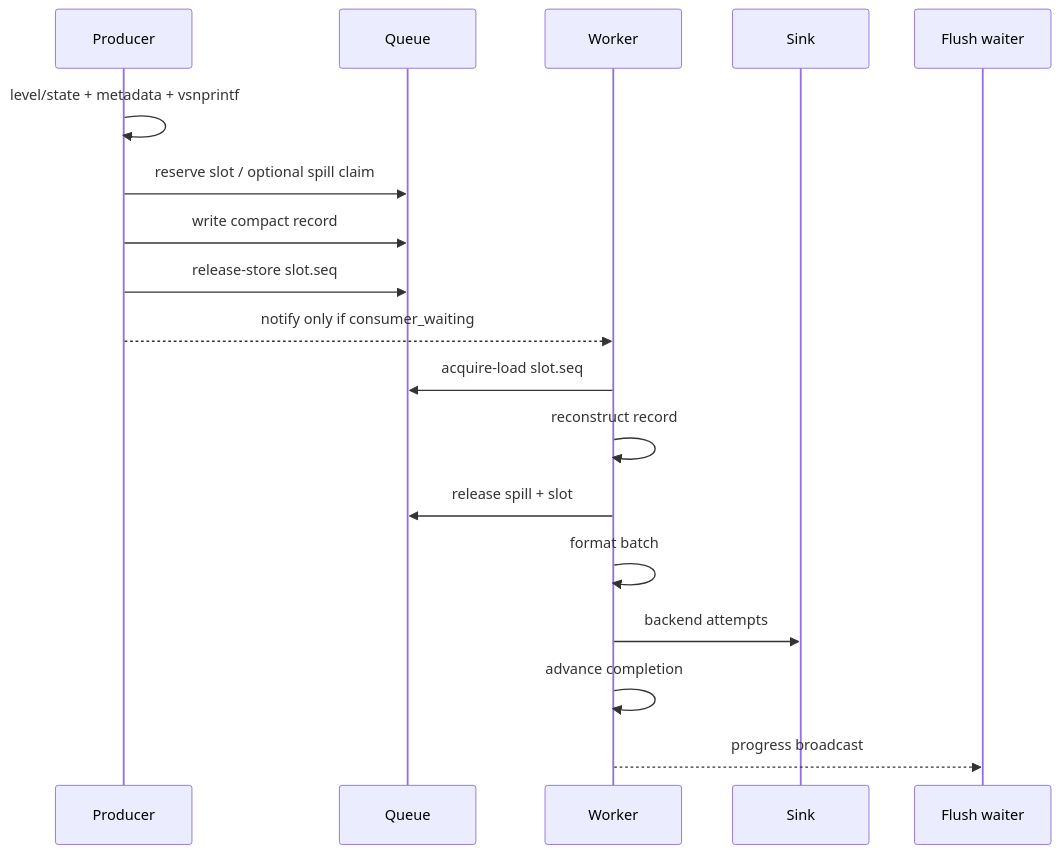
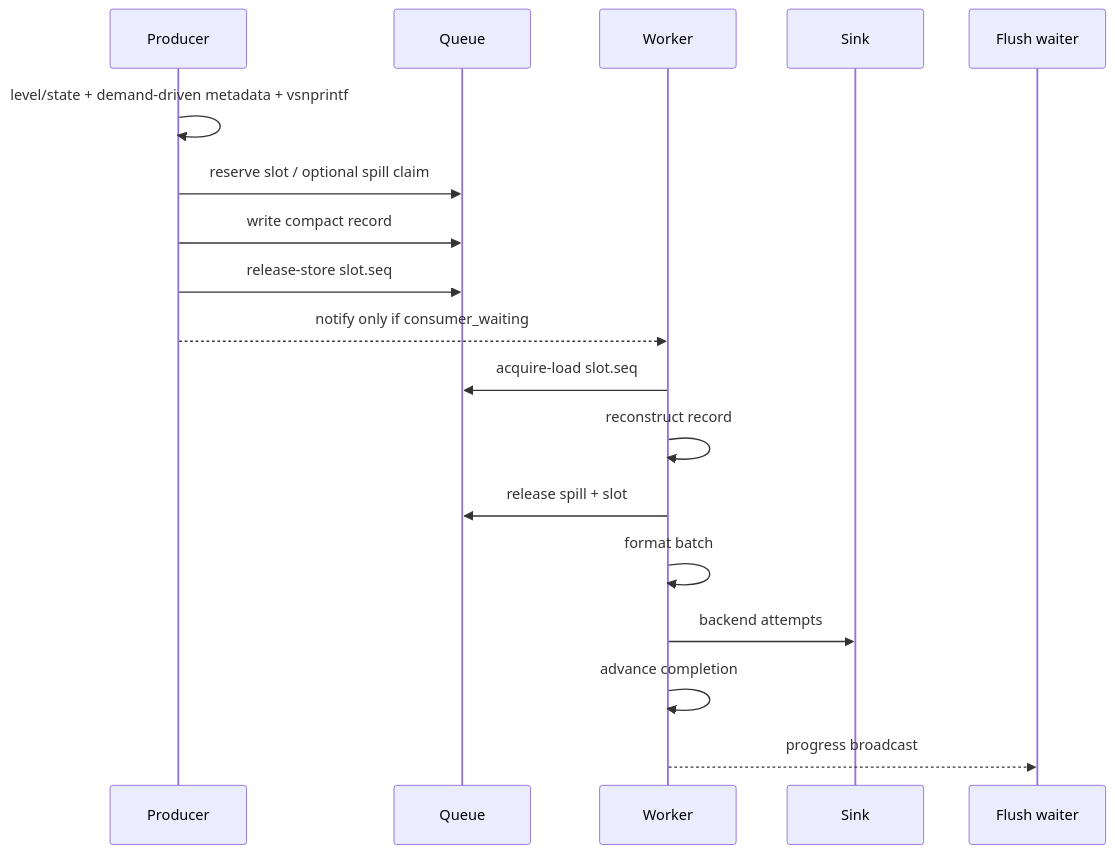
The third of 5 diagrams in docs/ARCHITECTURE.md (MyBlackHole/c-logger), drawn with Mermaid before and after one commit. The commit also changed other lines of this file and 6 other files, not shown here.

Commit message:
docs: document demand-driven metadata capture

````diff
--- a/docs/ARCHITECTURE.md
+++ b/docs/ARCHITECTURE.md
@@ -276,21 +276,21 @@
 ```mermaid
 sequenceDiagram
     participant P as Producer
     participant Q as Queue
     participant W as Worker
     participant S as Sink
     participant F as Flush waiter
 
-    P->>P: level/state + metadata + vsnprintf
+    P->>P: level/state + demand-driven metadata + vsnprintf
     P->>Q: reserve slot / optional spill claim
     P->>Q: write compact record
     P->>Q: release-store slot.seq
     P-->>W: notify only if consumer_waiting
     W->>Q: acquire-load slot.seq
     W->>W: reconstruct record
     W->>Q: release spill + slot
     W->>W: format batch
     W->>S: backend attempts
     W->>W: advance completion
     W-->>F: progress broadcast
 ```
````
